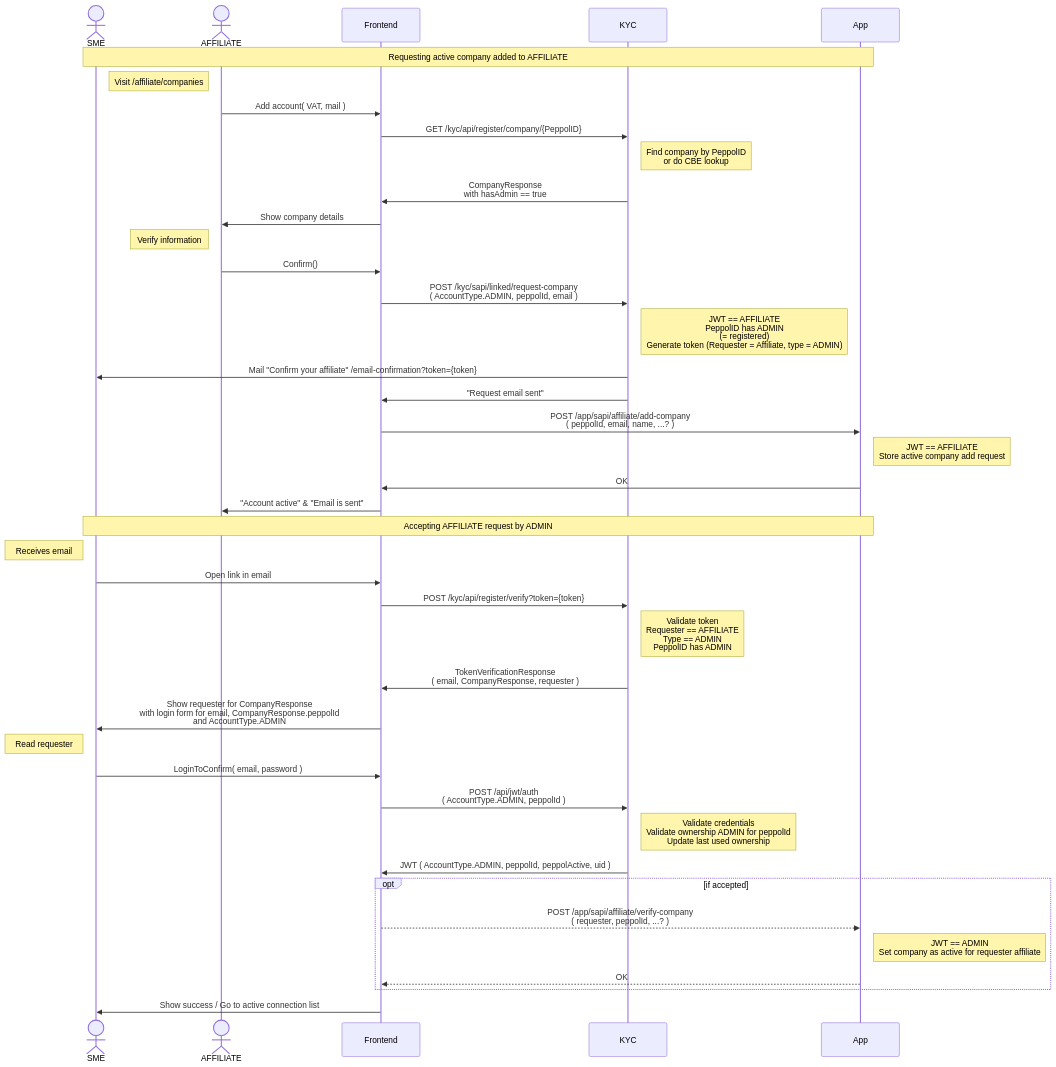
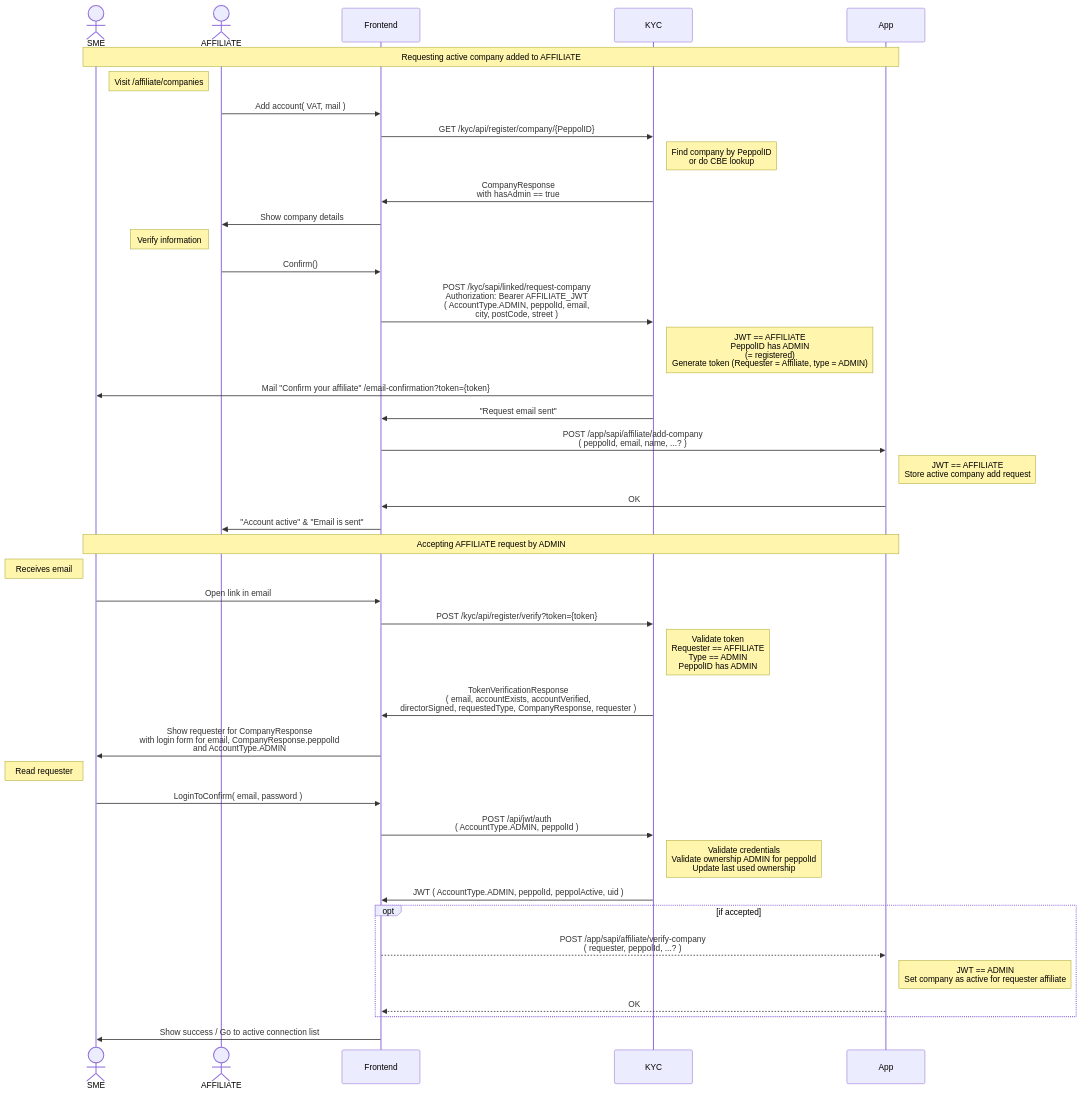
Before and after one commit to letspeppol/letspeppol: the diagram in readme/registration-active-admin-via-affiliate-and-verify-by-email.md, drawn with Mermaid. The commit also changed 8 other files, not shown here.

Commit message:
Documentation registration flows

````diff
--- a/readme/registration-active-admin-via-affiliate-and-verify-by-email.md
+++ b/readme/registration-active-admin-via-affiliate-and-verify-by-email.md
@@ -3,47 +3,47 @@
 ```mermaid
 sequenceDiagram
     actor SME as SME
     actor AFFILIATE as AFFILIATE
     participant Frontend as Frontend
     participant KYC as KYC
     participant App as App
 
 Note over SME, App: Requesting active company added to AFFILIATE
     Note left of AFFILIATE: Visit /affiliate/companies
     AFFILIATE ->> Frontend: Add account( VAT, mail )
     Frontend ->> KYC: GET /kyc/api/register/company/{PeppolID}
     Note right of KYC: Find company by PeppolID <br> or do CBE lookup
     KYC ->> Frontend: CompanyResponse <br> with hasAdmin == true
     Frontend ->> AFFILIATE: Show company details
 
     Note left of AFFILIATE: Verify information
     AFFILIATE ->> Frontend: Confirm()
-    Frontend ->> KYC: POST /kyc/sapi/linked/request-company <br> ( AccountType.ADMIN, peppolId, email )
+    Frontend ->> KYC: POST /kyc/sapi/linked/request-company <br> Authorization: Bearer AFFILIATE_JWT <br> ( AccountType.ADMIN, peppolId, email, <br> city, postCode, street )
     Note right of KYC: JWT == AFFILIATE <br> PeppolID has ADMIN <br>(= registered) <br> Generate token (Requester = Affiliate, type = ADMIN)
     KYC ->> SME: Mail "Confirm your affiliate" /email-confirmation?token={token}
     KYC ->> Frontend: "Request email sent"
     Frontend ->> App: POST /app/sapi/affiliate/add-company <br> ( peppolId, email, name, ...? )
     Note right of App: JWT == AFFILIATE <br> Store active company add request
     App ->> Frontend: OK
     Frontend ->> AFFILIATE: "Account active" & "Email is sent"
 
 Note over SME, App: Accepting AFFILIATE request by ADMIN
     Note left of SME: Receives email
     SME ->> Frontend: Open link in email
     Frontend ->> KYC: POST /kyc/api/register/verify?token={token}
     Note right of KYC: Validate token <br> Requester == AFFILIATE <br> Type == ADMIN <br> PeppolID has ADMIN
-    KYC ->> Frontend: TokenVerificationResponse <br> ( email, CompanyResponse, requester )
+    KYC ->> Frontend: TokenVerificationResponse <br> ( email, accountExists, accountVerified, <br> directorSigned, requestedType, CompanyResponse, requester )
     Frontend ->> SME: Show requester for CompanyResponse <br> with login form for email, CompanyResponse.peppolId <br> and AccountType.ADMIN
 
     Note left of SME: Read requester
     SME ->> Frontend: LoginToConfirm( email, password )
     Frontend ->> KYC: POST /api/jwt/auth <br> ( AccountType.ADMIN, peppolId )
     Note right of KYC: Validate credentials <br> Validate ownership ADMIN for peppolId <br> Update last used ownership
     KYC ->> Frontend: JWT ( AccountType.ADMIN, peppolId, peppolActive, uid )
     opt if accepted
         Frontend -->> App: POST /app/sapi/affiliate/verify-company <br> ( requester, peppolId, ...? )
         Note right of App: JWT == ADMIN <br> Set company as active for requester affiliate
         App -->> Frontend: OK
     end
     Frontend ->> SME: Show success / Go to active connection list
 ```
````
